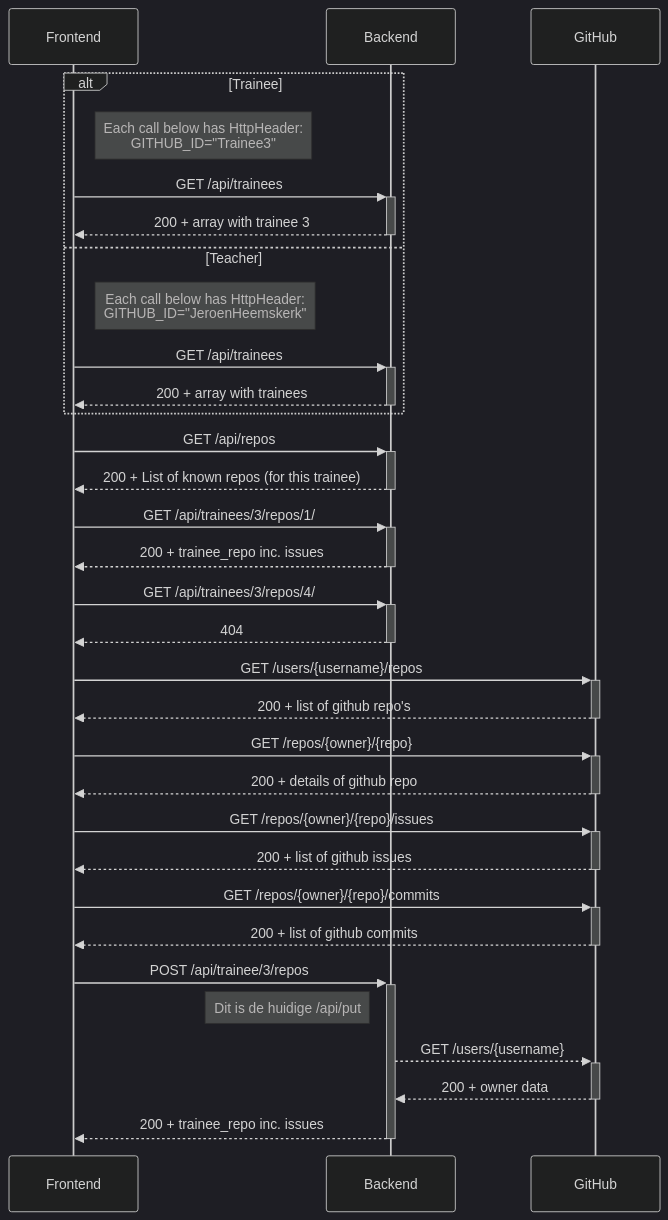
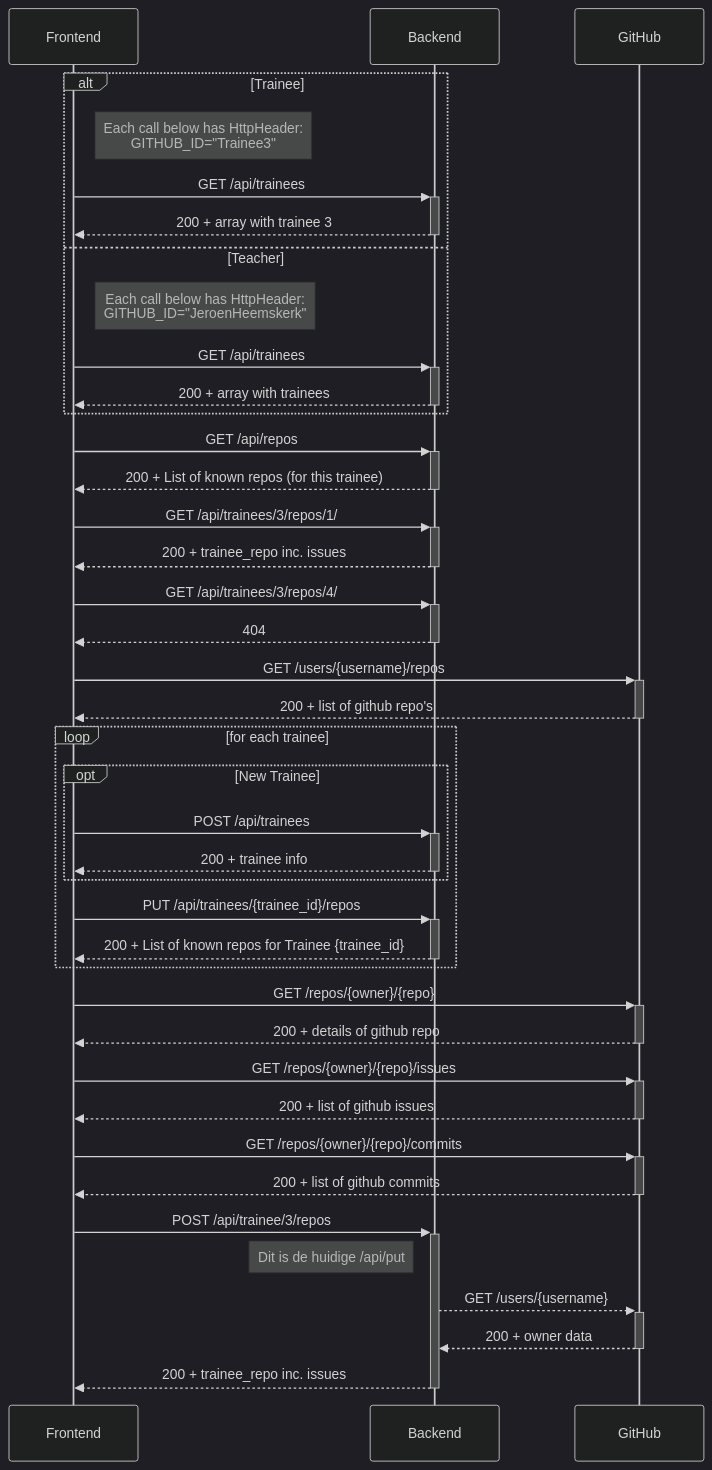
One commit to Educom-Trainees/educom-do-i-code changed the first of 2 diagrams in documents/API-flow.md. Above: the diagram before and after it, drawn with Mermaid (dark theme).

````diff
--- a/documents/API-flow.md
+++ b/documents/API-flow.md
@@ -2,31 +2,39 @@
 ```mermaid
 sequenceDiagram
     alt Trainee
     note right of Frontend: Each call below has HttpHeader:<br/>GITHUB_ID="Trainee3"
     Frontend->>+Backend: GET /api/trainees
     Backend-->>-Frontend: 200 + array with trainee 3
     else Teacher
     note right of Frontend: Each call below has HttpHeader:<br/>GITHUB_ID="JeroenHeemskerk"
     Frontend->>+Backend: GET /api/trainees
     Backend-->>-Frontend: 200 + array with trainees
     end
     Frontend->>+Backend: GET /api/repos
     Backend-->>-Frontend: 200 + List of known repos (for this trainee)
     Frontend->>+Backend: GET /api/trainees/3/repos/1/
     Backend-->>-Frontend: 200 + trainee_repo inc. issues
     Frontend->>+Backend: GET /api/trainees/3/repos/4/
     Backend-->>-Frontend: 404
     Frontend->>+GitHub: GET /users/{username}/repos
     GitHub-->>-Frontend: 200 + list of github repo's
+    Loop for each trainee
+    opt New Trainee
+    Frontend->>+Backend: POST /api/trainees
+    Backend-->>-Frontend: 200 + trainee info
+    end
+    Frontend->>+Backend: PUT /api/trainees/{trainee_id}/repos
+    Backend-->>-Frontend: 200 + List of known repos for Trainee {trainee_id}
+    end
     Frontend->>+GitHub: GET /repos/{owner}/{repo}
     GitHub-->>-Frontend: 200 + details of github repo
     Frontend->>+GitHub: GET /repos/{owner}/{repo}/issues
     GitHub-->>-Frontend: 200 + list of github issues
     Frontend->>+GitHub: GET /repos/{owner}/{repo}/commits
     GitHub-->>-Frontend: 200 + list of github commits
     Frontend->>+Backend: POST /api/trainee/3/repos
     note left of Backend: Dit is de huidige /api/put
     Backend-->>+GitHub: GET /users/{username}
     GitHub-->>-Backend: 200 + owner data
     Backend-->>-Frontend: 200 + trainee_repo inc. issues
 ```
````
